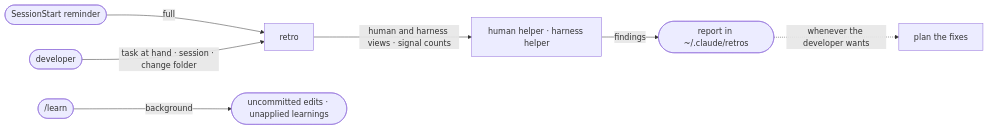
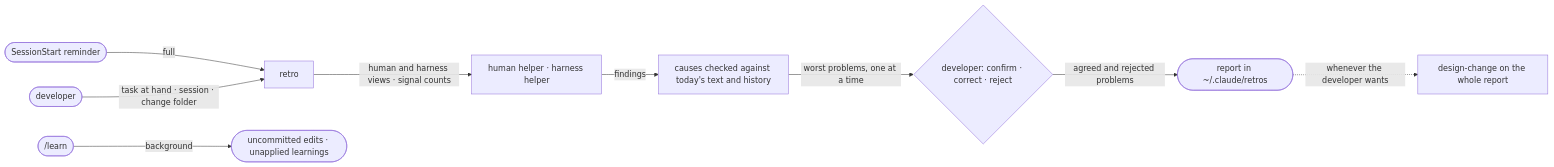
The sixth of 7 diagrams in README.md (berekvolgyipeter/dotclaude), drawn with Mermaid before and after one commit. The commit also changed other lines of this file and 10 other files, not shown here.

Commit message:
feat(retro)!: report agreed problems instead of proposing fixes

````diff
--- a/README.md
+++ b/README.md
@@ -74,9 +74,11 @@
 ```mermaid
 flowchart LR
     Due([SessionStart reminder]) -->|full| Retro[retro]
     Task([developer]) -->|task at hand · session · change folder| Retro
     Retro -->|human and harness views · signal counts| Helpers[human helper · harness helper]
-    Helpers -->|findings| Report([report in ~/.claude/retros])
-    Report -.->|whenever the developer wants| Fixes[plan the fixes]
+    Helpers -->|findings| Check[causes checked against today's text and history]
+    Check -->|worst problems, one at a time| Agree{developer: confirm · correct · reject}
+    Agree -->|agreed and rejected problems| Report([report in ~/.claude/retros])
+    Report -.->|whenever the developer wants| Design[design-change on the whole report]
     Learn([/learn]) -->|background| Edits([uncommitted edits · unapplied learnings])
 ```
````
